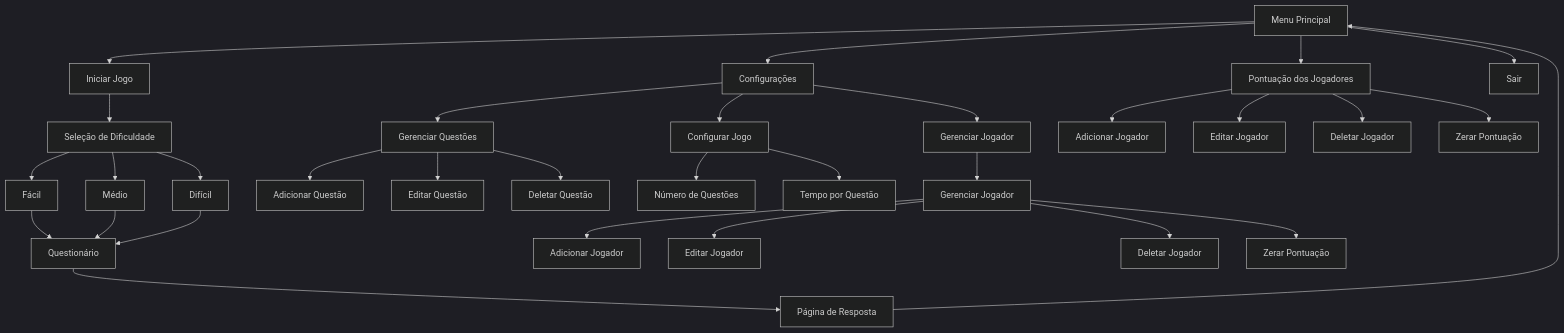
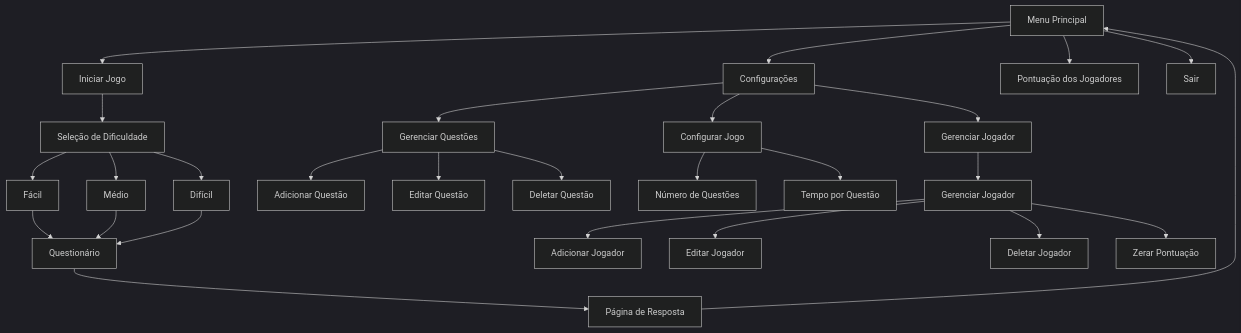
Before and after one commit to DutsTate0213/PerguntasPy: the diagram in README.md, drawn with Mermaid (dark theme).

````diff
--- a/README.md
+++ b/README.md
@@ -161,37 +161,33 @@
 ```mermaid
 graph TD
     A[Menu Principal] --> B[Iniciar Jogo]
     A --> C[Configurações]
     A --> D[Pontuação dos Jogadores]
     A --> E[Sair]
     
     B --> F[Seleção de Dificuldade]
     F --> G[Fácil]
     F --> H[Médio]
     F --> I[Difícil]
     
     G & H & I --> J[Questionário]
     J --> K[Página de Resposta]
     K --> A
     
     C --> L[Gerenciar Questões]
     C --> M[Configurar Jogo]
     C --> N[Gerenciar Jogador]
     
     L --> O[Adicionar Questão]
     L --> P[Editar Questão]
     L --> Q[Deletar Questão]
     
     M --> R[Número de Questões]
     M --> S[Tempo por Questão]
     
-    D --> T[Adicionar Jogador]
-    D --> U[Editar Jogador]
-    D --> V[Deletar Jogador]
-    D --> W[Zerar Pontuação]
     N --> X[Gerenciar Jogador]
     X --> Y[Adicionar Jogador]
     X --> Z[Editar Jogador]
     X --> AA[Deletar Jogador]
     X --> BB[Zerar Pontuação]
 ```
````
